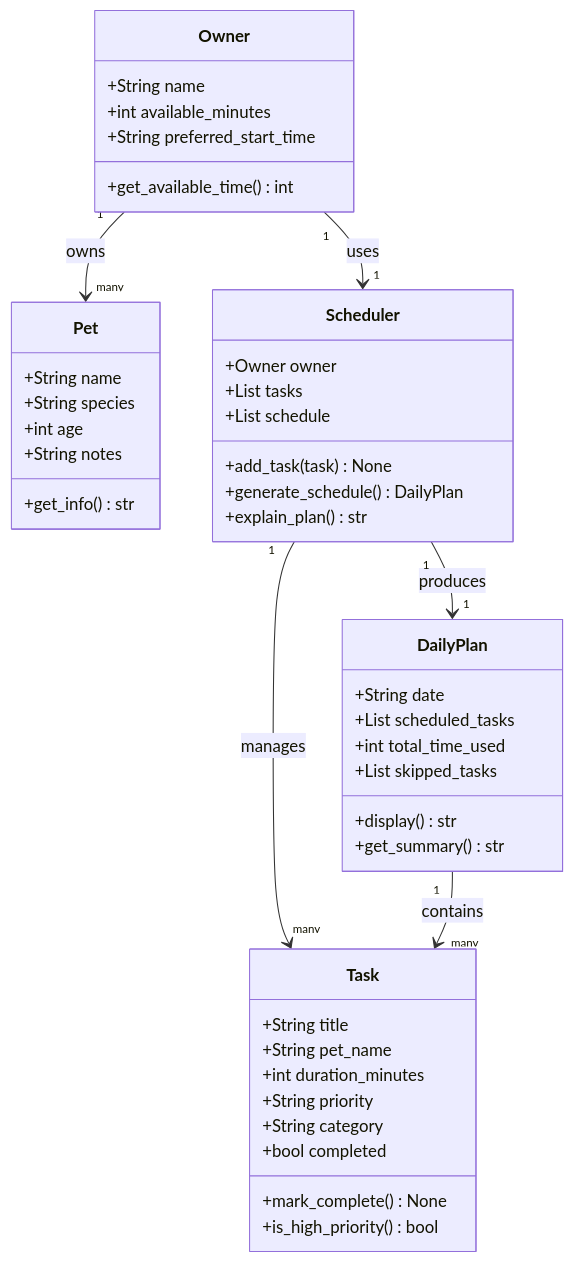
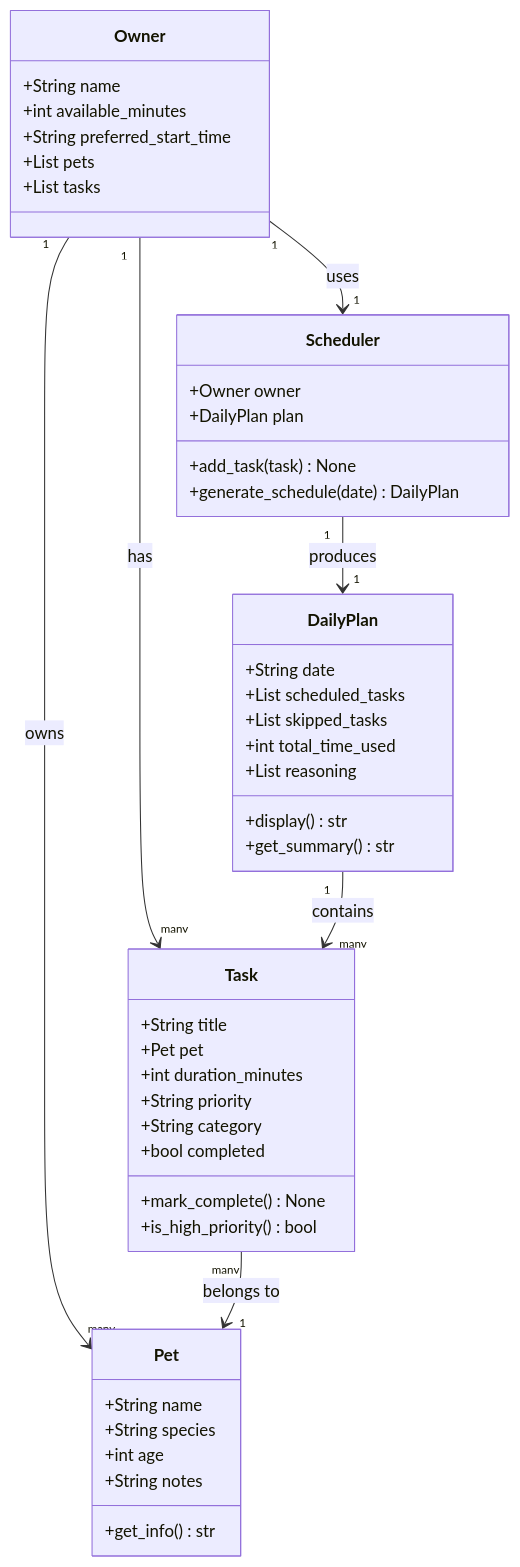
One commit to Prasanna032/ai110-module2-pawpal changed the diagram in uml.md. Above: the diagram before and after it, drawn with Mermaid. The commit also changed 4 other files, not shown here.

````diff
--- a/uml.md
+++ b/uml.md
@@ -3,52 +3,53 @@
 ```mermaid
 classDiagram
     class Owner {
         +String name
         +int available_minutes
         +String preferred_start_time
-        +get_available_time() int
+        +List pets
+        +List tasks
     }
 
     class Pet {
         +String name
         +String species
         +int age
         +String notes
         +get_info() str
     }
 
     class Task {
         +String title
-        +String pet_name
+        +Pet pet
         +int duration_minutes
         +String priority
         +String category
         +bool completed
         +mark_complete() None
         +is_high_priority() bool
     }
 
     class Scheduler {
         +Owner owner
-        +List tasks
-        +List schedule
+        +DailyPlan plan
         +add_task(task) None
-        +generate_schedule() DailyPlan
-        +explain_plan() str
+        +generate_schedule(date) DailyPlan
     }
 
     class DailyPlan {
         +String date
         +List scheduled_tasks
+        +List skipped_tasks
         +int total_time_used
-        +List skipped_tasks
+        +List reasoning
         +display() str
         +get_summary() str
     }
 
     Owner "1" --> "many" Pet : owns
+    Owner "1" --> "many" Task : has
     Owner "1" --> "1" Scheduler : uses
-    Scheduler "1" --> "many" Task : manages
+    Task "many" --> "1" Pet : belongs to
     Scheduler "1" --> "1" DailyPlan : produces
     DailyPlan "1" --> "many" Task : contains
 ```
````
